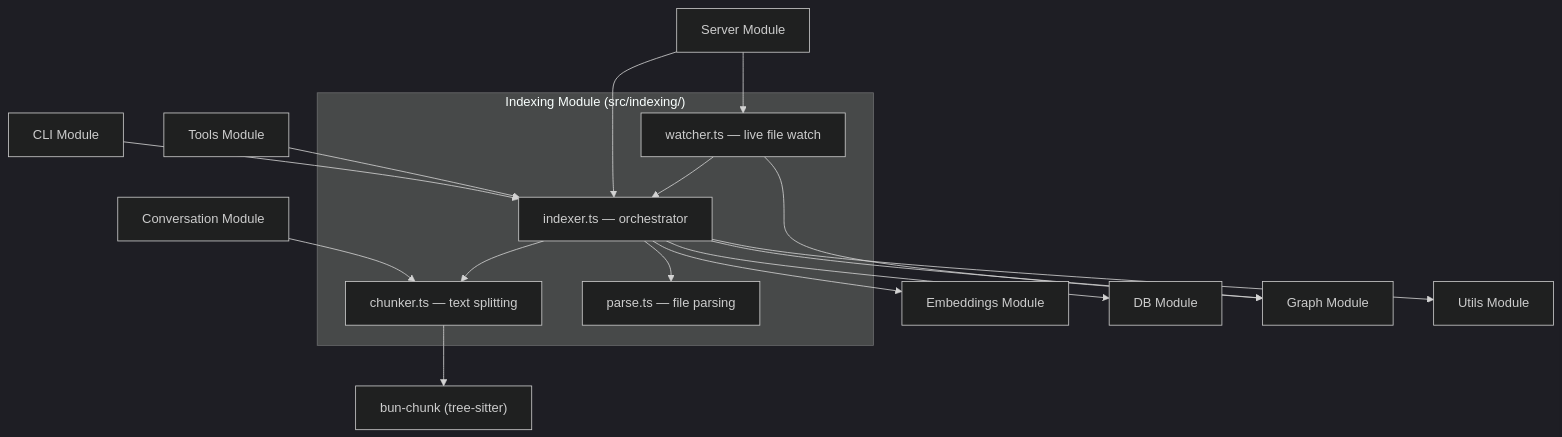
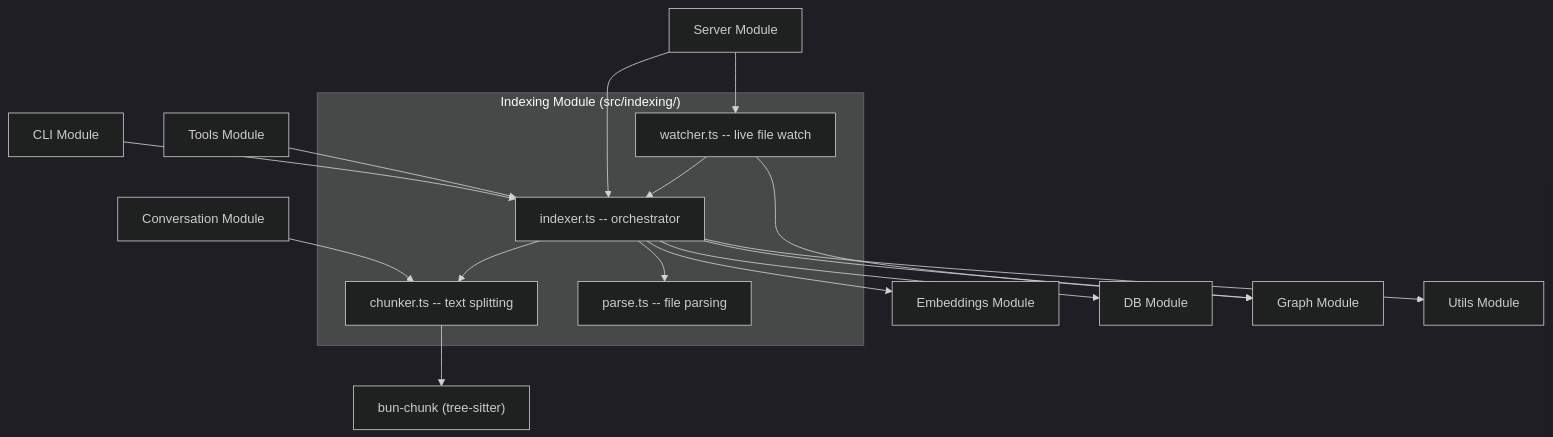
One commit to TheWinci/mimirs changed the diagram in wiki/modules/indexing/index.md. Above: the diagram before and after it, drawn with Mermaid (dark theme). The commit also changed other lines of this file and 27 other files, not shown here.

````diff
--- a/wiki/modules/indexing/index.md
+++ b/wiki/modules/indexing/index.md
@@ -9,27 +9,27 @@
 ```mermaid
 flowchart TD
   subgraph IndexingModule["Indexing Module (src/indexing/)"]
-    indexer["indexer.ts — orchestrator"]
-    chunker["chunker.ts — text splitting"]
-    parser["parse.ts — file parsing"]
-    watcher["watcher.ts — live file watch"]
+    indexer["indexer.ts -- orchestrator"]
+    chunker["chunker.ts -- text splitting"]
+    parser["parse.ts -- file parsing"]
+    watcher["watcher.ts -- live file watch"]
   end
 
   indexer --> parser
   indexer --> chunker
   indexer --> embedMod["Embeddings Module"]
   indexer --> dbMod["DB Module"]
   indexer --> graphMod["Graph Module"]
   indexer --> utilsMod["Utils Module"]
 
   chunker --> astLib["bun-chunk (tree-sitter)"]
 
   watcher --> indexer
   watcher --> graphMod
 
   serverMod["Server Module"] --> indexer
   serverMod --> watcher
   toolsMod["Tools Module"] --> indexer
   convMod["Conversation Module"] --> chunker
   cliMod["CLI Module"] --> indexer
 ```
````
